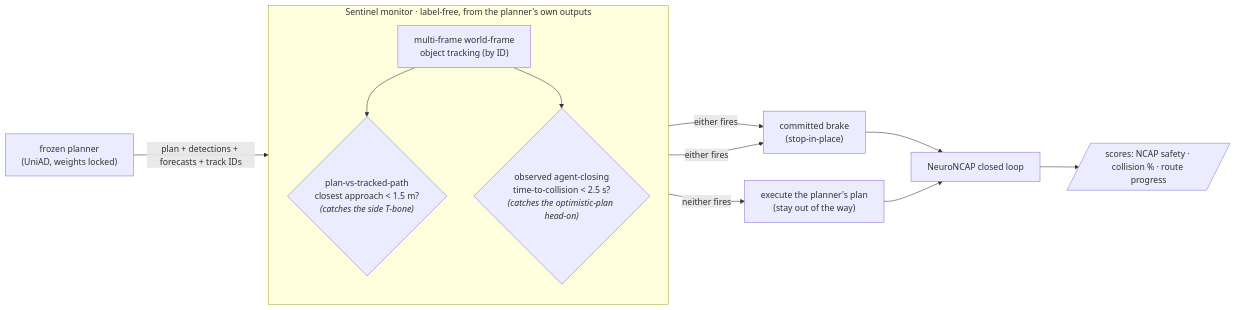
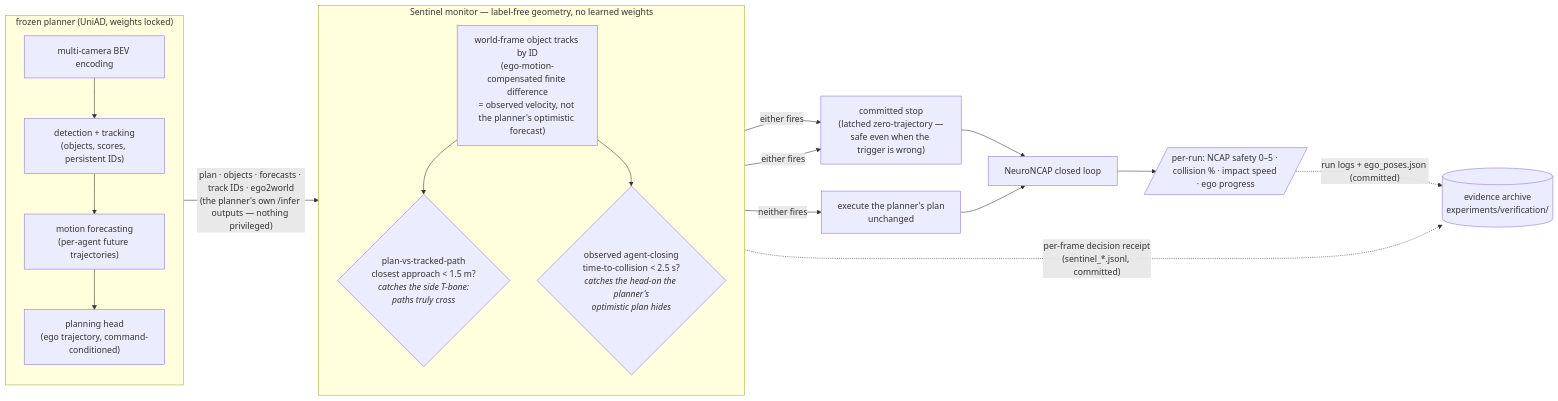
Before and after one commit to manfromnowhere143/sentinel: the first of 2 diagrams in README.md, drawn with Mermaid. The commit also changed other lines of this file and 31 other files, not shown here.

````diff
--- a/README.md
+++ b/README.md
@@ -54,18 +62,26 @@
 ```mermaid
 flowchart LR
-  P["frozen planner<br/>(UniAD, weights locked)"] -- "plan + detections + forecasts + track IDs" --> M
-  subgraph M["Sentinel monitor · label-free, from the planner's own outputs"]
+  subgraph PL["frozen planner (UniAD, weights locked)"]
     direction TB
-    A["multi-frame world-frame<br/>object tracking (by ID)"]
-    C{"plan-vs-tracked-path<br/>closest approach &lt; 1.5 m?<br/><i>(catches the side T-bone)</i>"}
-    T{"observed agent-closing<br/>time-to-collision &lt; 2.5 s?<br/><i>(catches the optimistic-plan head-on)</i>"}
+    BEV["multi-camera BEV encoding"] --> TRK["detection + tracking<br/>(objects, scores, persistent IDs)"]
+    TRK --> MOT["motion forecasting<br/>(per-agent future trajectories)"]
+    MOT --> PH["planning head<br/>(ego trajectory, command-conditioned)"]
+  end
+  PL -- "plan · objects · forecasts · track IDs · ego2world<br/>(the planner's own /infer outputs — nothing privileged)" --> M
+  subgraph M["Sentinel monitor — label-free geometry, no learned weights"]
+    direction TB
+    A["world-frame object tracks by ID<br/>(ego-motion-compensated finite difference<br/>= observed velocity, not the planner's optimistic forecast)"]
+    C{"plan-vs-tracked-path<br/>closest approach &lt; 1.5 m?<br/><i>catches the side T-bone:<br/>paths truly cross</i>"}
+    T{"observed agent-closing<br/>time-to-collision &lt; 2.5 s?<br/><i>catches the head-on the planner's<br/>optimistic plan hides</i>"}
     A --> C
     A --> T
   end
-  C -- "either fires" --> B["committed brake<br/>(stop-in-place)"]
+  C -- "either fires" --> B["committed stop<br/>(latched zero-trajectory —<br/>safe even when the trigger is wrong)"]
   T -- "either fires" --> B
-  C -- "neither fires" --> E["execute the planner's plan<br/>(stay out of the way)"]
+  C -- "neither fires" --> E["execute the planner's plan<br/>unchanged"]
   B --> S["NeuroNCAP closed loop"]
   E --> S
-  S --> R[/"scores: NCAP safety · collision % · route progress"/]
+  M -. "per-frame decision receipt<br/>(sentinel_*.jsonl, committed)" .-> V[("evidence archive<br/>experiments/verification/")]
+  S --> R[/"per-run: NCAP safety 0–5 · collision % · impact speed · ego progress"/]
+  R -. "run logs + ego_poses.json (committed)" .-> V
 ```
````
